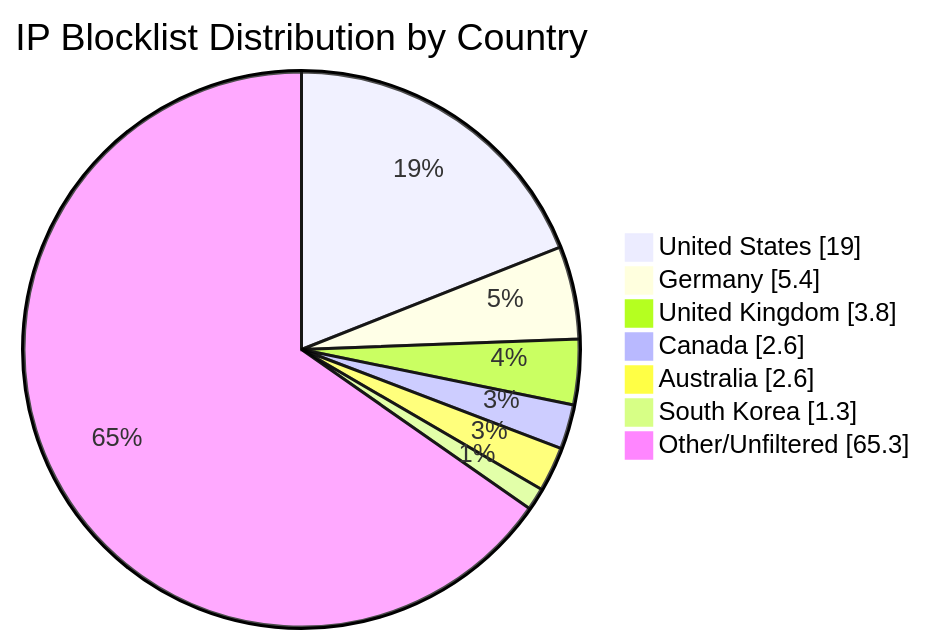
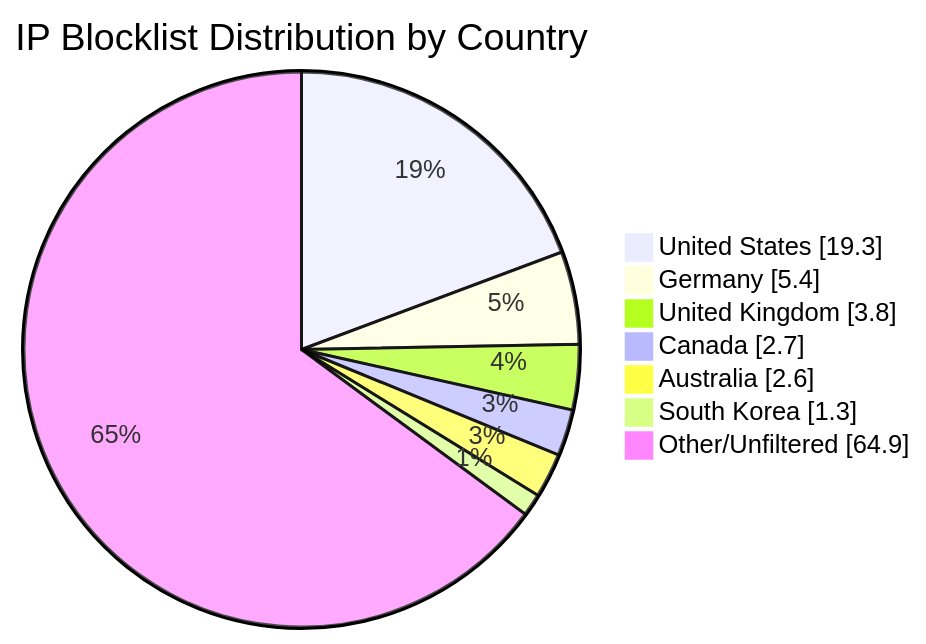
Before and after one commit to MarcusHoltz/ipblocklist-geofiltered-aggregator: the diagram in README.md, drawn with Mermaid. The commit also changed other lines of this file and 9 other files, not shown here.

````diff
--- a/README.md
+++ b/README.md
@@ -34,10 +34,10 @@
 ```mermaid
 pie showData title IP Blocklist Distribution by Country
-"United States" : 19.0
+"United States" : 19.3
 "Germany" : 5.4
 "United Kingdom" : 3.8
-"Canada" : 2.6
+"Canada" : 2.7
 "Australia" : 2.6
 "South Korea" : 1.3
-"Other/Unfiltered" : 65.3
+"Other/Unfiltered" : 64.9
 ```
````
